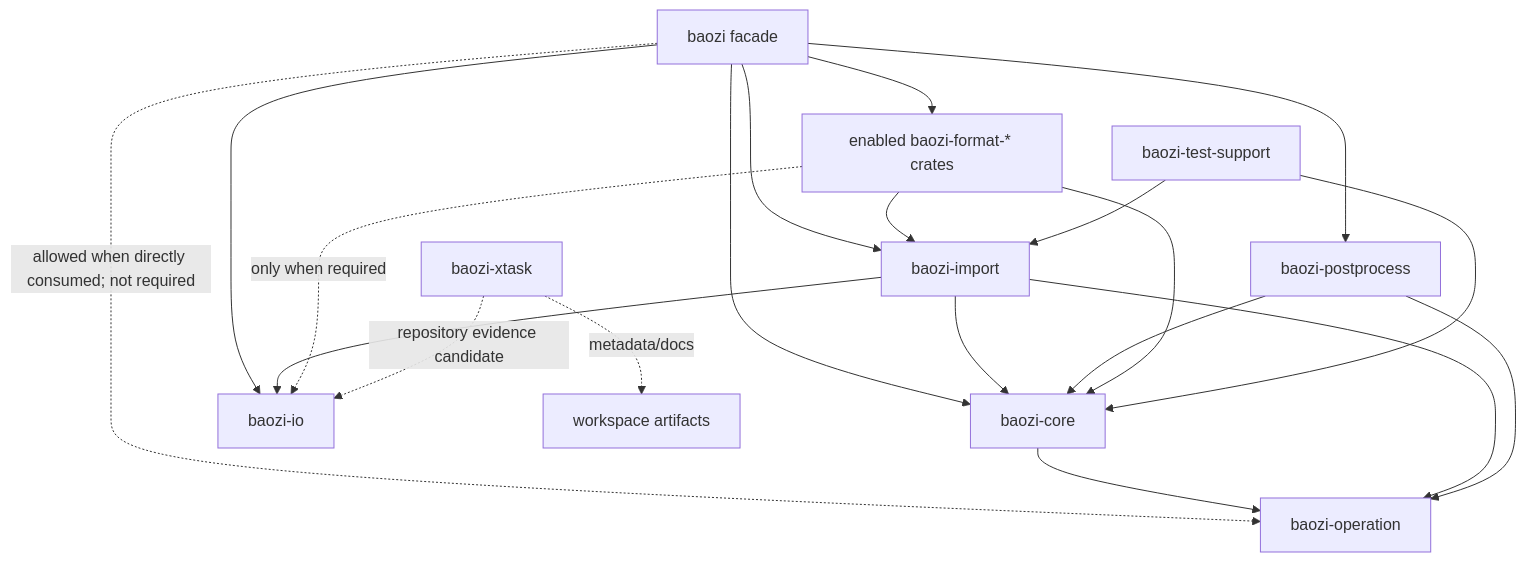
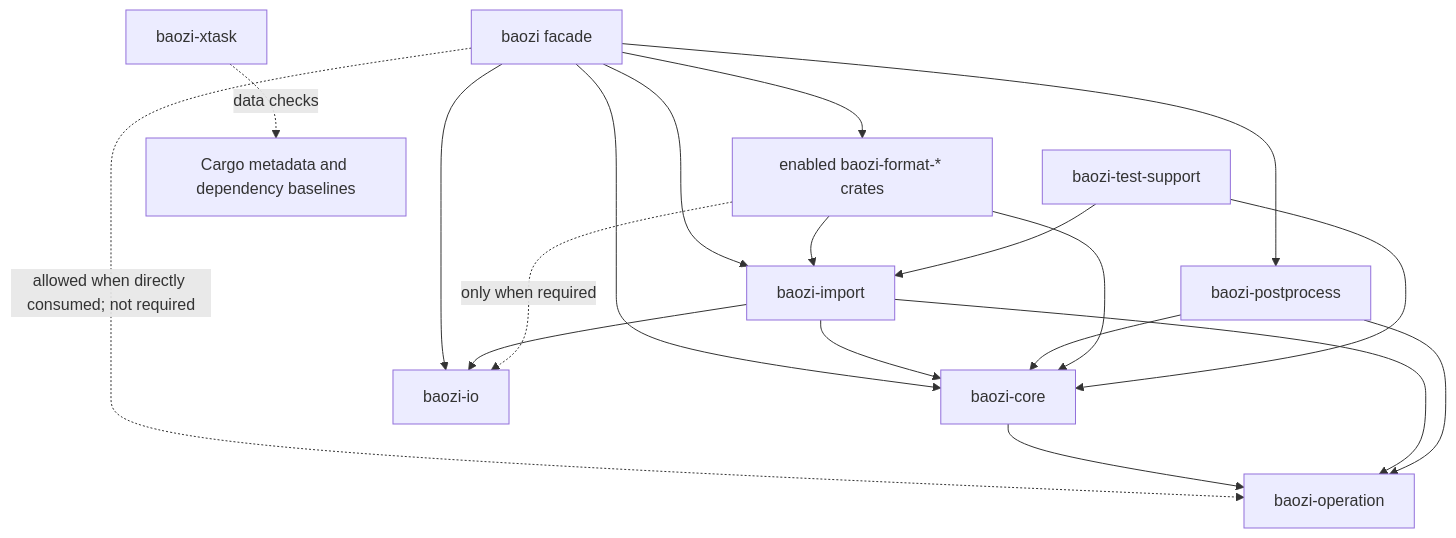
One commit to Latias94/baozi changed the diagram in docs/adr/0007-workspace-crate-graph-feature-flags-msrv-and-ci-gates.md. Above: the diagram before and after it, drawn with Mermaid. The commit also changed other lines of this file and 12 other files, not shown here.

Commit message:
refactor(xtask): remove unused repository IO activation

````diff
--- a/docs/adr/0007-workspace-crate-graph-feature-flags-msrv-and-ci-gates.md
+++ b/docs/adr/0007-workspace-crate-graph-feature-flags-msrv-and-ci-gates.md
@@ -57,22 +60,21 @@
 ```mermaid
 flowchart TD
     Facade[baozi facade] --> Core[baozi-core]
     Facade --> IO[baozi-io]
     Facade --> Import[baozi-import]
     Facade -. allowed when directly consumed; not required .-> Operation[baozi-operation]
     Facade --> Post[baozi-postprocess]
     Facade --> Formats[enabled baozi-format-* crates]
     Core --> Operation
     Import --> Core
     Import --> IO
     Import --> Operation
     Post --> Core
     Post --> Operation
     Formats --> Core
     Formats --> Import
     Formats -. only when required .-> IO
-    Xtask[baozi-xtask] -. metadata/docs .-> Workspace[workspace artifacts]
-    Xtask -. repository evidence candidate .-> IO
+    Xtask[baozi-xtask] -. data checks .-> Workspace[Cargo metadata and dependency baselines]
     Test[baozi-test-support] --> Core
     Test --> Import
 ```
````
